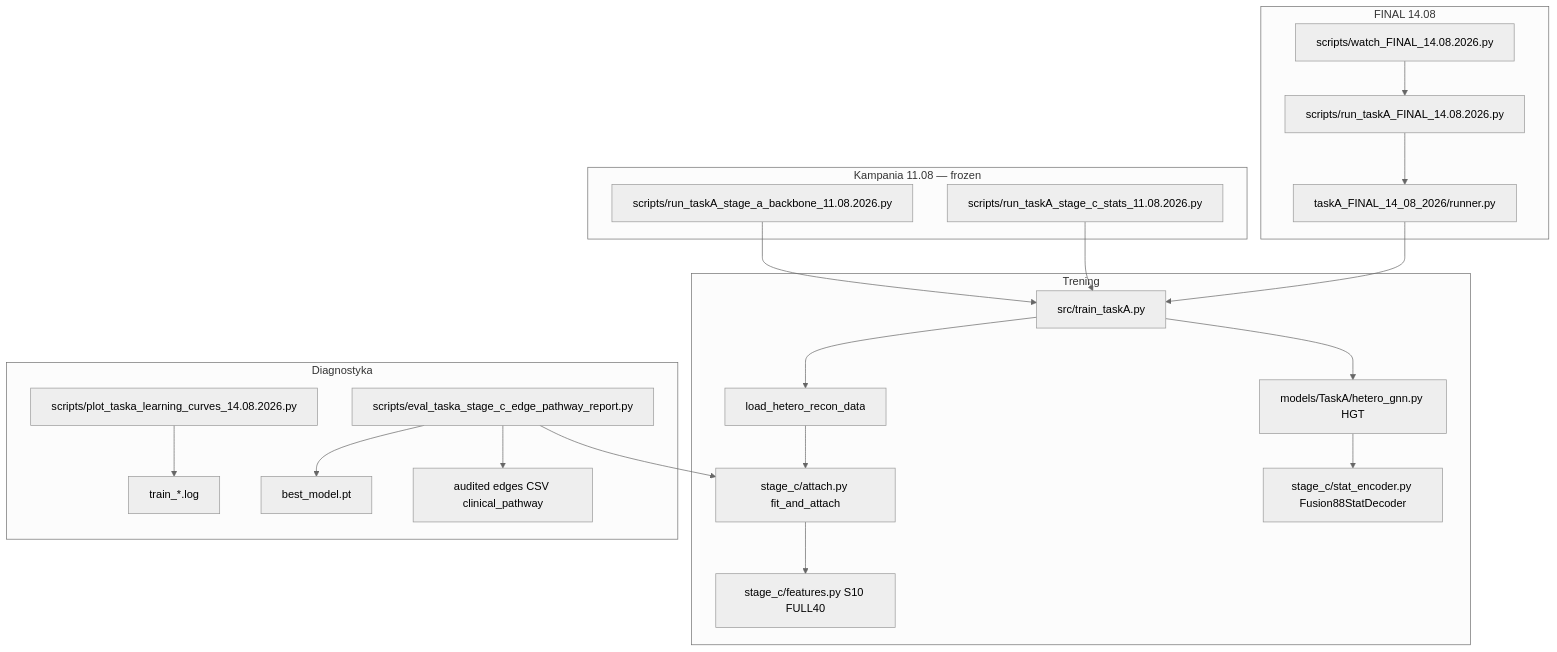
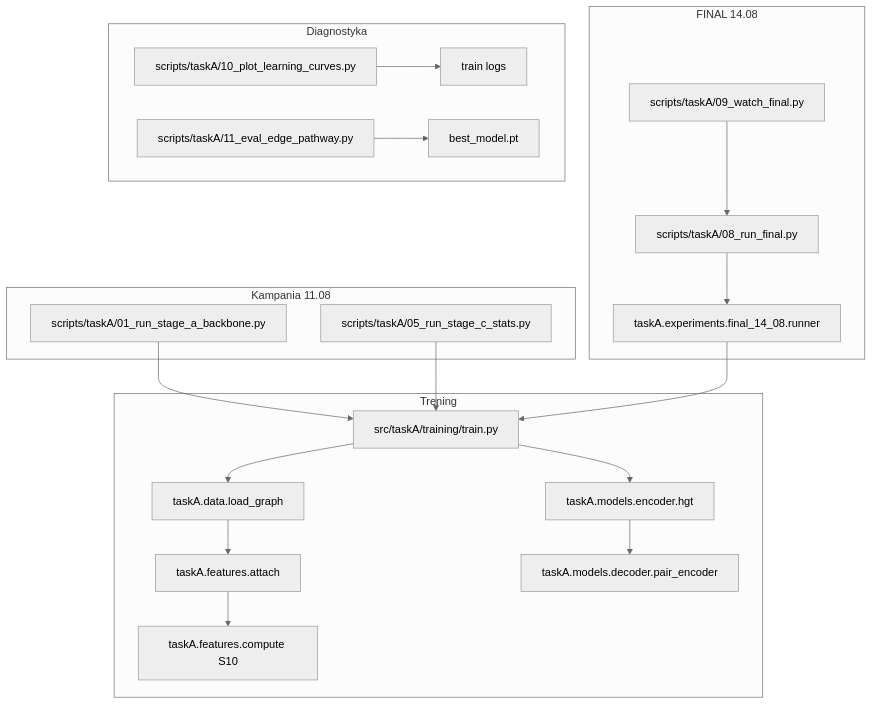
Before and after one commit to MoniaO/GraphNeuralNetwork_Thesis: the diagram in outputs/taskA_FINAL_14.08.2026/CODE_AND_SCRIPT_MAP_14.08.2026.md, drawn with Mermaid (neutral theme). The commit also changed other lines of this file and 489 other files, not shown here.

First line of the commit message:
Keep only the Task A FINAL stack under src/taskA with numbered scripts.

````diff
--- a/outputs/taskA_FINAL_14.08.2026/CODE_AND_SCRIPT_MAP_14.08.2026.md
+++ b/outputs/taskA_FINAL_14.08.2026/CODE_AND_SCRIPT_MAP_14.08.2026.md
@@ -7,37 +7,35 @@
 ```mermaid
 flowchart TB
   subgraph train_core [Trening]
-    TT[src/train_taskA.py]
-    LD[load_hetero_recon_data]
-    ATT[stage_c/attach.py fit_and_attach]
-    FEAT[stage_c/features.py S10 FULL40]
-    DEC[stage_c/stat_encoder.py Fusion88StatDecoder]
-    HGT[models/TaskA/hetero_gnn.py HGT]
+    TT[src/taskA/training/train.py]
+    LD[taskA.data.load_graph]
+    ATT[taskA.features.attach]
+    FEAT[taskA.features.compute S10]
+    DEC[taskA.models.decoder.pair_encoder]
+    HGT[taskA.models.encoder.hgt]
     TT --> LD --> ATT --> FEAT
     TT --> HGT --> DEC
   end
 
-  subgraph stage_1108 [Kampania 11.08 — frozen]
-    SA[scripts/run_taskA_stage_a_backbone_11.08.2026.py]
-    SC[scripts/run_taskA_stage_c_stats_11.08.2026.py]
+  subgraph stage_1108 [Kampania 11.08]
+    SA[scripts/taskA/01_run_stage_a_backbone.py]
+    SC[scripts/taskA/05_run_stage_c_stats.py]
     SA --> TT
     SC --> TT
   end
 
   subgraph final_1408 [FINAL 14.08]
-    FR[scripts/run_taskA_FINAL_14.08.2026.py]
-    RUN[taskA_FINAL_14_08_2026/runner.py]
-    WD[scripts/watch_FINAL_14.08.2026.py]
+    FR[scripts/taskA/08_run_final.py]
+    RUN[taskA.experiments.final_14_08.runner]
+    WD[scripts/taskA/09_watch_final.py]
     FR --> RUN --> TT
     WD --> FR
   end
 
   subgraph diag [Diagnostyka]
-    CUR[scripts/plot_taska_learning_curves_14.08.2026.py]
-    PATH[scripts/eval_taska_stage_c_edge_pathway_report.py]
-    CUR --> LOGS[train_*.log]
+    CUR[scripts/taskA/10_plot_learning_curves.py]
+    PATH[scripts/taskA/11_eval_edge_pathway.py]
+    CUR --> LOGS[train logs]
     PATH --> CKPT[best_model.pt]
-    PATH --> ATT
-    PATH --> EDGES[audited edges CSV clinical_pathway]
   end
 ```
````
